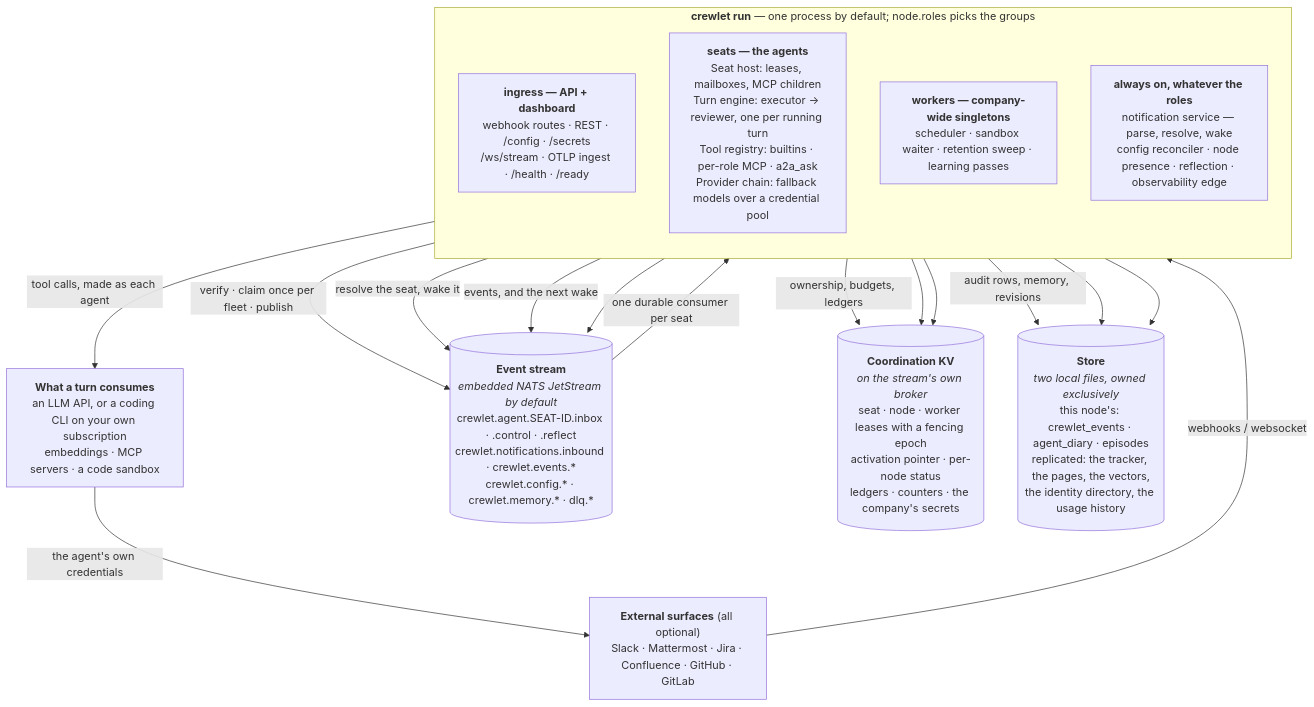
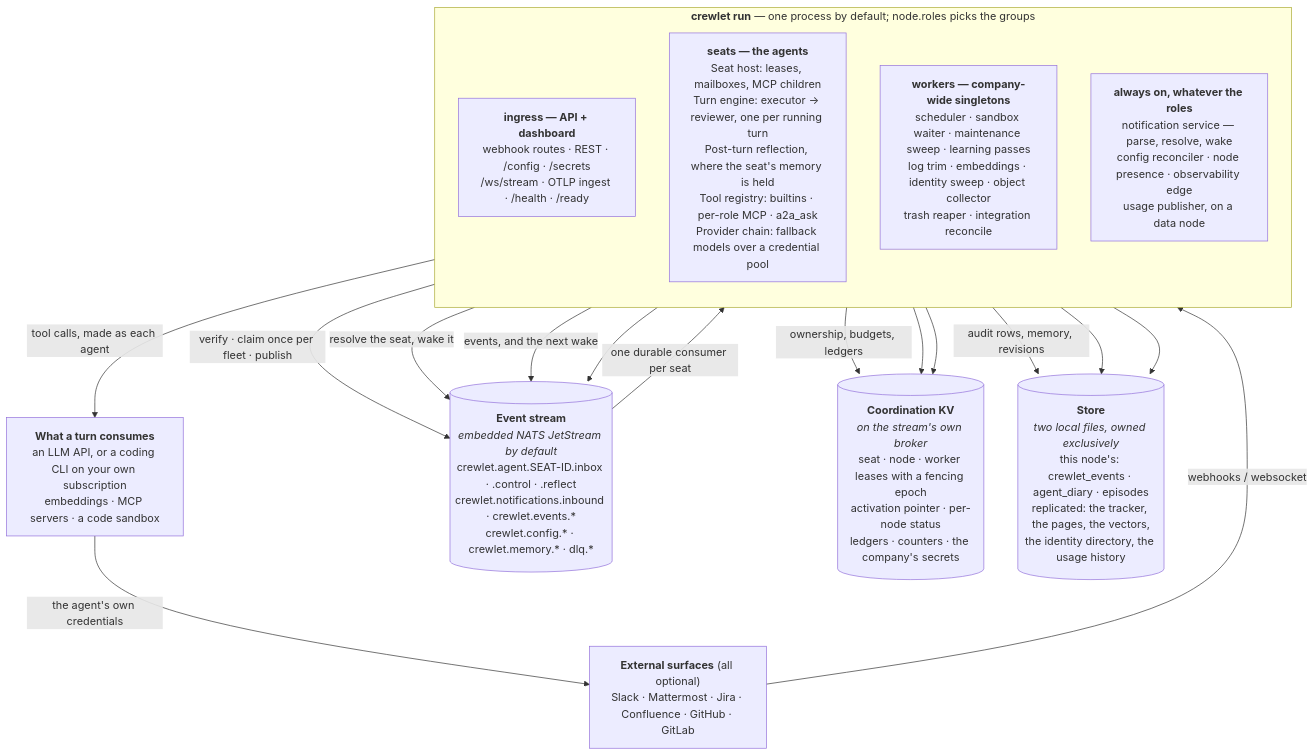
One commit to crewlet/crewlet changed the diagram in docs/concepts/overview.md. Above: the diagram before and after it, drawn with Mermaid. The commit also changed 8 other files, not shown here.

````diff
--- a/docs/concepts/overview.md
+++ b/docs/concepts/overview.md
@@ -56,32 +56,32 @@
 ```mermaid
 flowchart TB
     EXT["<b>External surfaces</b> (all optional)<br/>Slack · Mattermost · Jira · Confluence · GitHub · GitLab"]
     SUPPLY["<b>What a turn consumes</b><br/>an LLM API, or a coding CLI on your own subscription<br/>embeddings · MCP servers · a code sandbox"]
 
     subgraph proc["<b>crewlet run</b> — one process by default; node.roles picks the groups"]
         direction TB
         API["<b>ingress — API + dashboard</b><br/>webhook routes · REST · /config · /secrets<br/>/ws/stream · OTLP ingest · /health · /ready"]
-        SEAT["<b>seats — the agents</b><br/>Seat host: leases, mailboxes, MCP children<br/>Turn engine: executor → reviewer, one per running turn<br/>Tool registry: builtins · per-role MCP · a2a_ask<br/>Provider chain: fallback models over a credential pool"]
-        DUTY["<b>workers — company-wide singletons</b><br/>scheduler · sandbox waiter · retention sweep · learning passes"]
-        CORE["<b>always on, whatever the roles</b><br/>notification service — parse, resolve, wake<br/>config reconciler · node presence · reflection · observability edge"]
+        SEAT["<b>seats — the agents</b><br/>Seat host: leases, mailboxes, MCP children<br/>Turn engine: executor → reviewer, one per running turn<br/>Post-turn reflection, where the seat's memory is held<br/>Tool registry: builtins · per-role MCP · a2a_ask<br/>Provider chain: fallback models over a credential pool"]
+        DUTY["<b>workers — company-wide singletons</b><br/>scheduler · sandbox waiter · maintenance sweep · learning passes<br/>log trim · embeddings · identity sweep · object collector<br/>trash reaper · integration reconcile"]
+        CORE["<b>always on, whatever the roles</b><br/>notification service — parse, resolve, wake<br/>config reconciler · node presence · observability edge<br/>usage publisher, on a data node"]
     end
 
     STREAM[("<b>Event stream</b><br/><i>embedded NATS JetStream by default</i><br/>crewlet.agent.SEAT-ID.inbox · .control · .reflect<br/>crewlet.notifications.inbound · crewlet.events.*<br/>crewlet.config.* · crewlet.memory.* · dlq.*")]
     KV[("<b>Coordination KV</b><br/><i>on the stream's own broker</i><br/>seat · node · worker leases with a fencing epoch<br/>activation pointer · per-node status<br/>ledgers · counters · the company's secrets")]
     DB[("<b>Store</b><br/><i>two local files, owned exclusively</i><br/>this node's: crewlet_events · agent_diary · episodes<br/>replicated: the tracker, the pages, the vectors,<br/>the identity directory, the usage history")]
 
     EXT -->|"webhooks / websocket"| API
     API -->|"verify · claim once per fleet · publish"| STREAM
     CORE -->|"resolve the seat, wake it"| STREAM
     STREAM -->|"one durable consumer per seat"| SEAT
     SEAT -->|"tool calls, made as each agent"| SUPPLY
     SUPPLY -->|"the agent's own credentials"| EXT
     SEAT -->|"events, and the next wake"| STREAM
     DUTY --> STREAM
     SEAT -->|"ownership, budgets, ledgers"| KV
     CORE --> KV
     DUTY --> KV
     SEAT -->|"audit rows, memory, revisions"| DB
     CORE --> DB
     API --> DB
 ```
````
